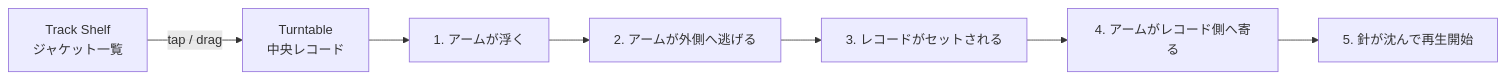
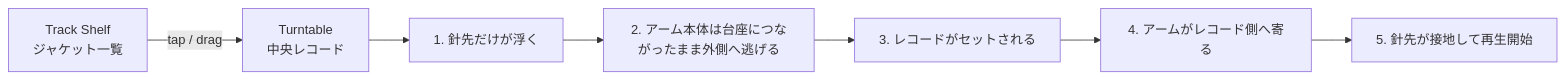
Before and after one commit to kumakitiho/Spotify-Brawser: the diagram in docs/record-player-as-is-to-be.md, drawn with Mermaid. The commit also changed other lines of this file, not shown here.

````diff
--- a/docs/record-player-as-is-to-be.md
+++ b/docs/record-player-as-is-to-be.md
@@ -33,9 +33,9 @@
 ```mermaid
 flowchart LR
     A[Track Shelf<br/>ジャケット一覧] -->|tap / drag| B[Turntable<br/>中央レコード]
-    B --> C[1. アームが浮く]
-    C --> D[2. アームが外側へ逃げる]
+    B --> C[1. 針先だけが浮く]
+    C --> D[2. アーム本体は台座につながったまま外側へ逃げる]
     D --> E[3. レコードがセットされる]
     E --> F[4. アームがレコード側へ寄る]
-    F --> G[5. 針が沈んで再生開始]
+    F --> G[5. 針先が接地して再生開始]
 ```
````
